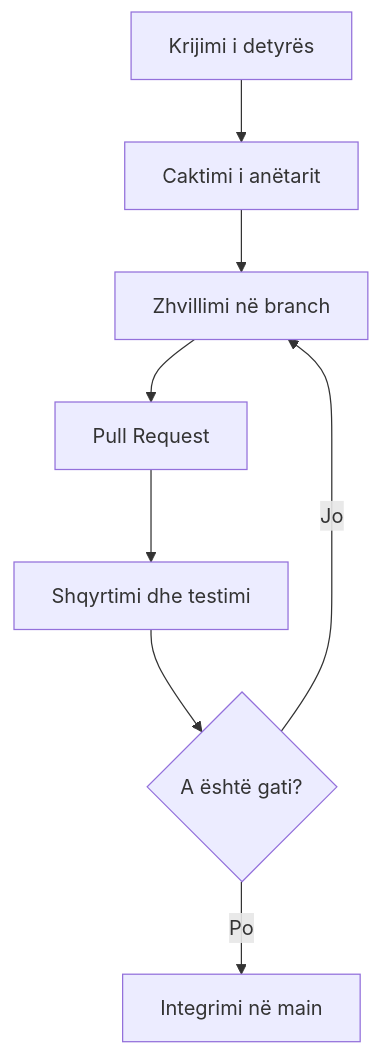
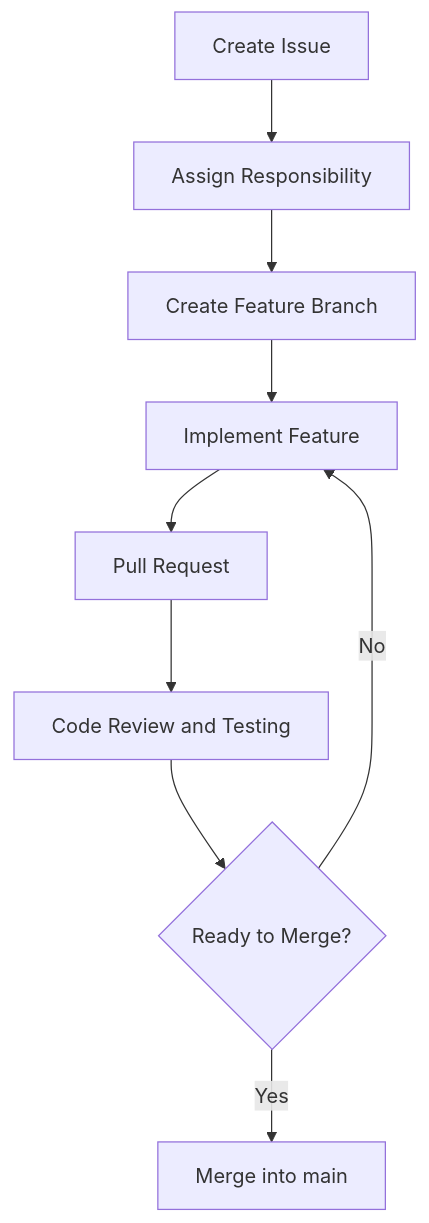
One commit to angelazefi2-eng/DREAMSTATE-Inside-the-sleeping-brain-where-Neuroscience-meets-Software-Engineering changed the second of 2 diagrams in README.md. Above: the diagram before and after it, drawn with Mermaid. The commit also changed other lines of this file, not shown here.

````diff
--- a/README.md
+++ b/README.md
@@ -159,10 +234,11 @@
 ```mermaid
 flowchart TD
-    A["Krijimi i detyrës"] --> B["Caktimi i anëtarit"]
-    B --> C["Zhvillimi në branch"]
-    C --> D["Pull Request"]
-    D --> E["Shqyrtimi dhe testimi"]
-    E --> F{"A është gati?"}
-    F -- "Jo" --> C
-    F -- "Po" --> G["Integrimi në main"]
+    A["Create Issue"] --> B["Assign Responsibility"]
+    B --> C["Create Feature Branch"]
+    C --> D["Implement Feature"]
+    D --> E["Pull Request"]
+    E --> F["Code Review and Testing"]
+    F --> G{"Ready to Merge?"}
+    G -- "No" --> D
+    G -- "Yes" --> H["Merge into main"]
 ```
````
